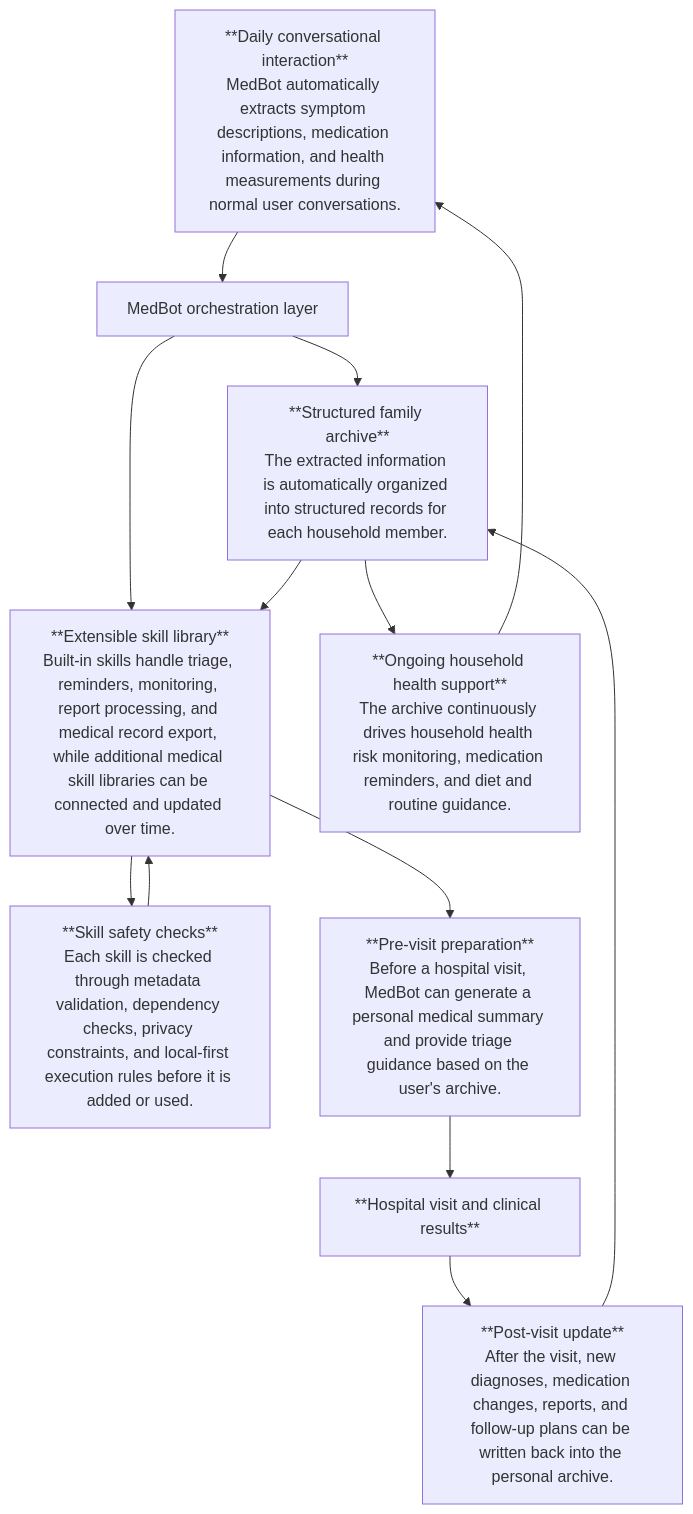
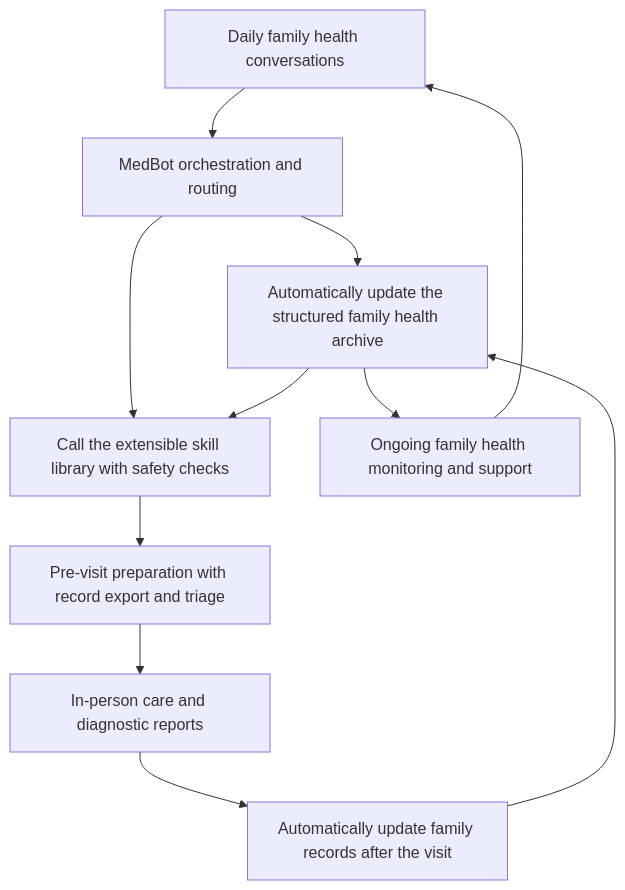
The diagram in README.md (SirryChen/medbot), drawn with Mermaid before and after one commit. The commit also changed 1 other file, not shown here.

````diff
--- a/README.md
+++ b/README.md
@@ -65,15 +65,13 @@
 ```mermaid
 flowchart TD
-    A[**Daily conversational interaction**<br/>MedBot automatically extracts symptom descriptions, medication information, and health measurements during normal user conversations.] --> B[MedBot orchestration layer]
-    B --> C[**Structured family archive**<br/>The extracted information is automatically organized into structured records for each household member.]
-    B --> D[**Extensible skill library**<br/>Built-in skills handle triage, reminders, monitoring, report processing, and medical record export, while additional medical skill libraries can be connected and updated over time.]
-    D --> E[**Skill safety checks**<br/>Each skill is checked through metadata validation, dependency checks, privacy constraints, and local-first execution rules before it is added or used.]
-    E --> D
+    A[Daily family health conversations] --> B[MedBot orchestration and routing]
+    B --> C[Automatically update the structured family health archive]
+    B --> D[Call the extensible skill library with safety checks]
     C --> D
-    D --> F[**Pre-visit preparation**<br/>Before a hospital visit, MedBot can generate a personal medical summary and provide triage guidance based on the user's archive.]
-    F --> G[**Hospital visit and clinical results**]
-    G --> H[**Post-visit update**<br/>After the visit, new diagnoses, medication changes, reports, and follow-up plans can be written back into the personal archive.]
+    D --> F[Pre-visit preparation with record export and triage]
+    F --> G[In-person care and diagnostic reports]
+    G --> H[Automatically update family records after the visit]
     H --> C
-    C --> I[**Ongoing household health support**<br/>The archive continuously drives household health risk monitoring, medication reminders, and diet and routine guidance.]
+    C --> I[Ongoing family health monitoring and support]
     I --> A
 ```
````
